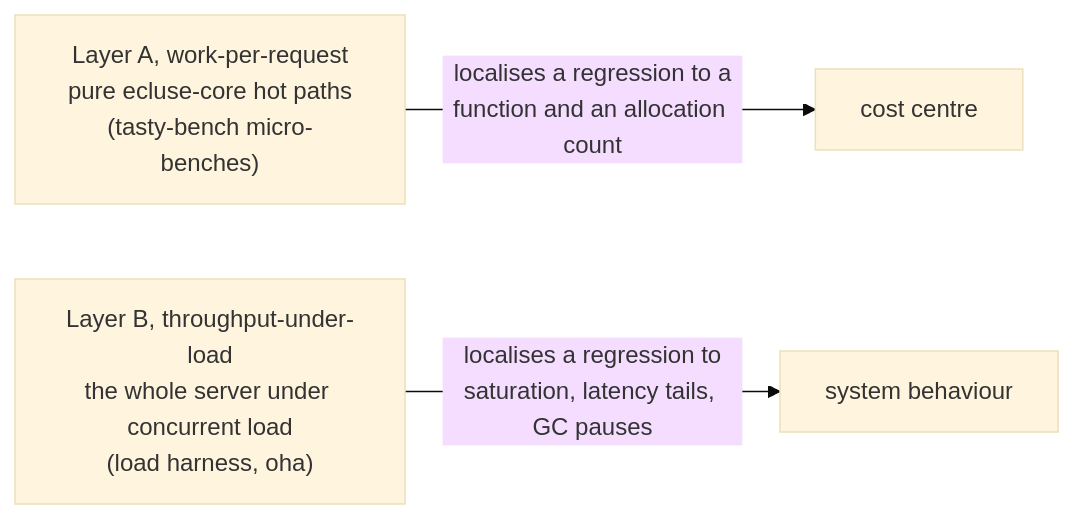
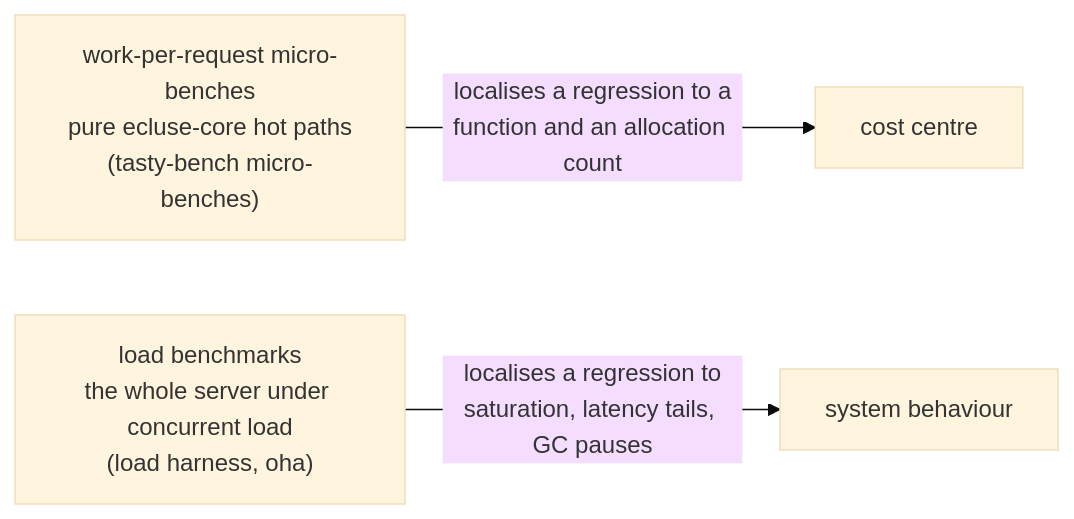
One commit to AlexaDeWit/Ecluse changed the first of 2 diagrams in docs/architecture/performance.md. Above: the diagram before and after it, drawn with Mermaid (base theme). The commit also changed other lines of this file and 15 other files, not shown here.

````diff
--- a/docs/architecture/performance.md
+++ b/docs/architecture/performance.md
@@ -16,7 +16,7 @@
 ```mermaid
 flowchart LR
-    A["Layer A, work-per-request<br/>pure ecluse-core hot paths<br/>(tasty-bench micro-benches)"]
-    B["Layer B, throughput-under-load<br/>the whole server under concurrent load<br/>(load harness, oha)"]
+    A["work-per-request micro-benches<br/>pure ecluse-core hot paths<br/>(tasty-bench micro-benches)"]
+    B["load benchmarks<br/>the whole server under concurrent load<br/>(load harness, oha)"]
     A -->|"localises a regression to a<br/>function and an allocation count"| Cost["cost centre"]
     B -->|"localises a regression to<br/>saturation, latency tails, GC pauses"| Sys["system behaviour"]
 ```
````
